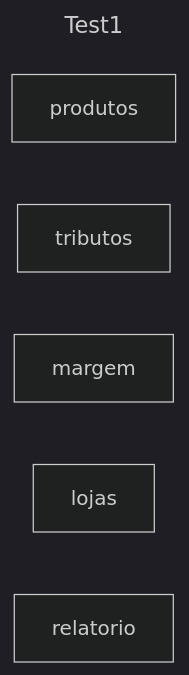
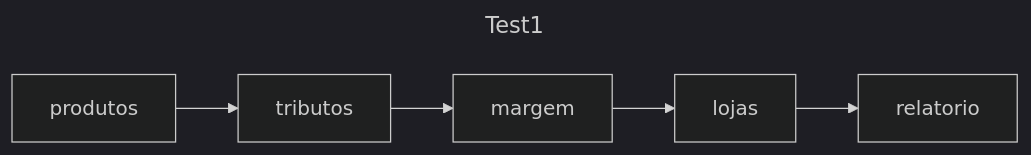
Before and after one commit to alvesrenan2007/disciplina-prototipagem: the diagram in mermdaid.md, drawn with Mermaid (dark theme).

Commit message:
wip Learning connections in mermaid markdownn

````diff
--- a/mermdaid.md
+++ b/mermdaid.md
@@ -1,11 +1,16 @@
 ```mermaid
 ---
 title: Test1
 ---
 flowchart LR
     produtos
     tributos
     margem
     lojas
     relatorio
+
+    produtos --> tributos
+    tributos --> margem
+    margem --> lojas
+    lojas --> relatorio
 ```
````
